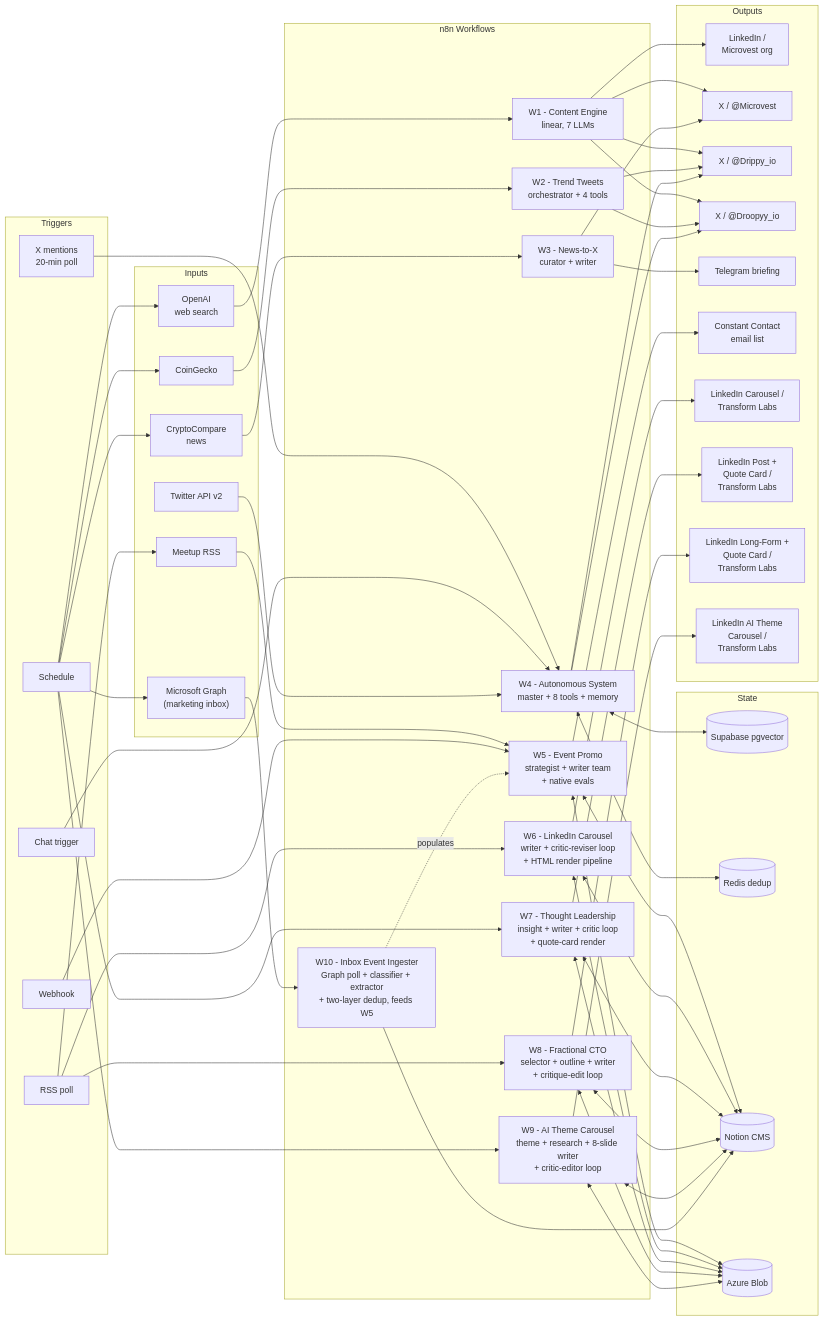
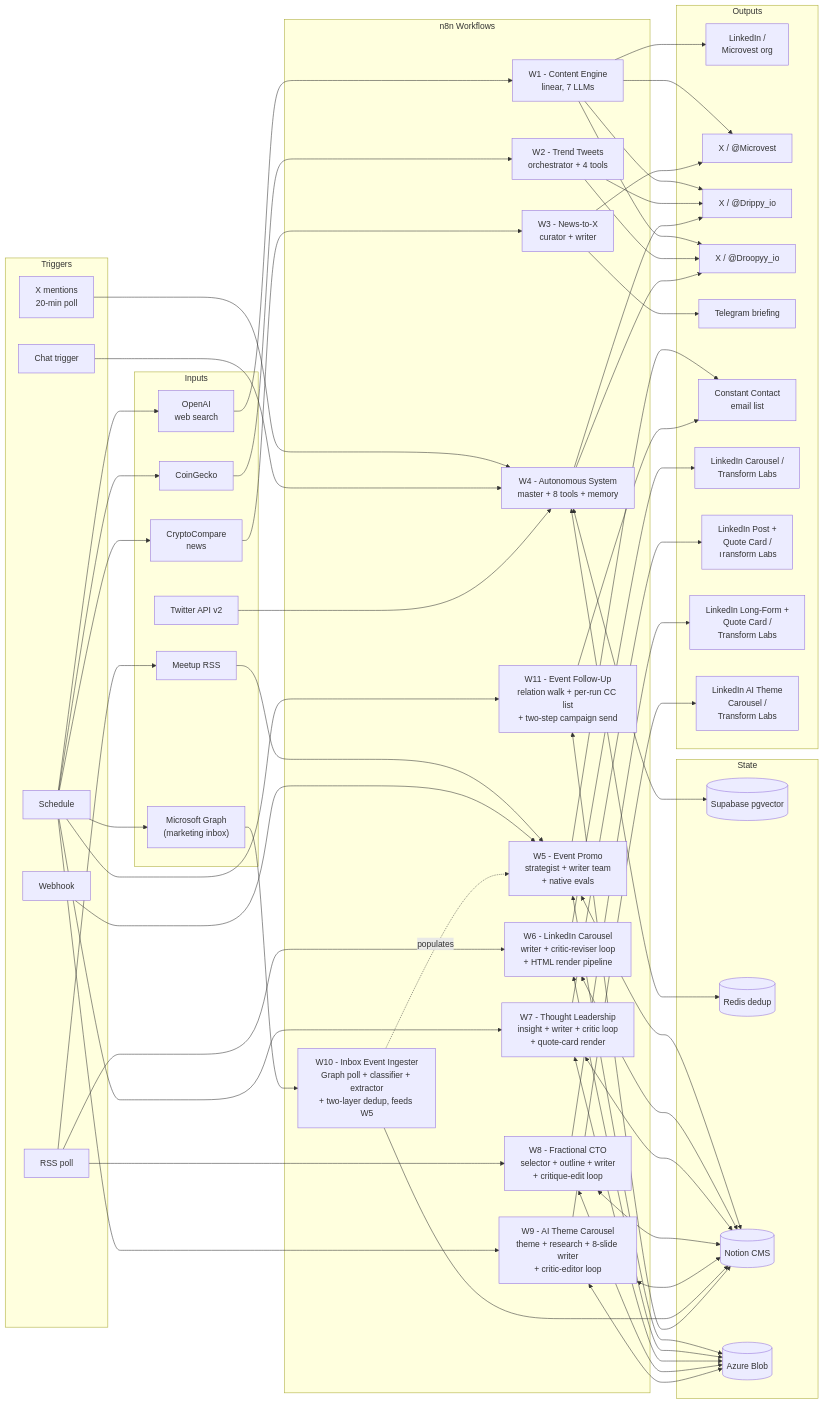
The diagram in README.md (Talonsturgill/Automations), drawn with Mermaid before and after one commit. The commit also changed other lines of this file and 2 other files, not shown here.

First line of the commit message:
Document W11 — Transform Labs Event Follow-Up Email Sender (#8)

````diff
--- a/README.md
+++ b/README.md
@@ -84,6 +88,7 @@
         W8["W8 - Fractional CTO<br/>selector + outline + writer<br/>+ critique-edit loop"]
         W9["W9 - AI Theme Carousel<br/>theme + research + 8-slide writer<br/>+ critic-editor loop"]
         W10["W10 - Inbox Event Ingester<br/>Graph poll + classifier + extractor<br/>+ two-layer dedup, feeds W5"]
+        W11["W11 - Event Follow-Up<br/>relation walk + per-run CC list<br/>+ two-step campaign send"]
     end
 
     subgraph memory["State"]
@@ -153,4 +158,7 @@
     MX --> W10
     W10 --> NOT
     W10 -. populates .-> W5
+    S1 --> W11
+    W11 <--> NOT
+    W11 --> EM
 ```
````
